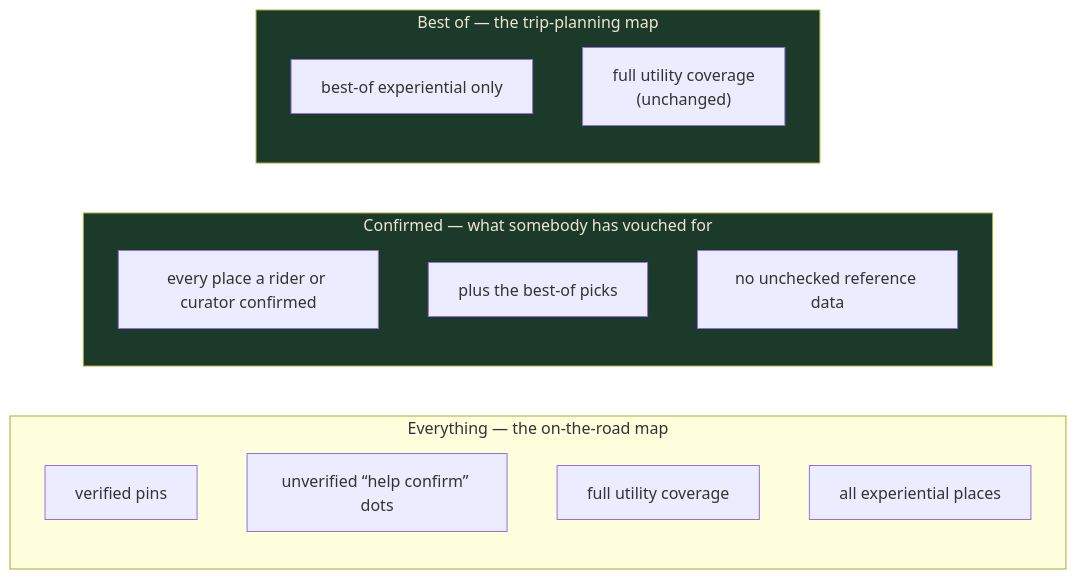
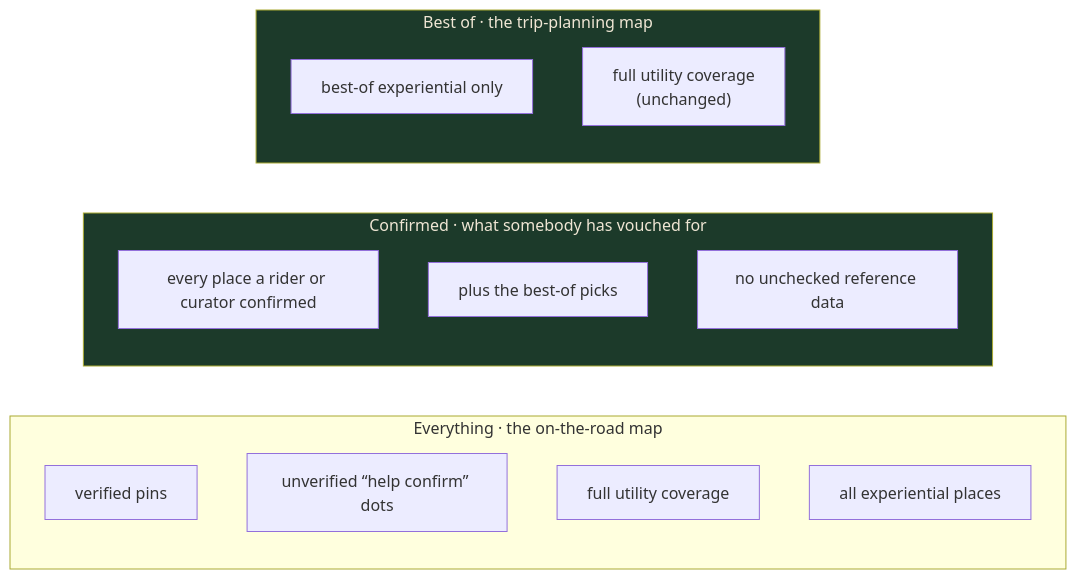
Before and after one commit to cycling-commons/cycling-commons: the sixth of 8 diagrams in wiki/data-priority.md, drawn with Mermaid. The commit also changed other lines of this file and 1 other file, not shown here.

````diff
--- a/wiki/data-priority.md
+++ b/wiki/data-priority.md
@@ -235,20 +248,20 @@
 ```mermaid
 flowchart LR
-    subgraph EV["Everything — the on-the-road map"]
+    subgraph EV["Everything · the on-the-road map"]
         E1["verified pins"]
         E2["unverified “help confirm” dots"]
         E3["full utility coverage"]
         E4["all experiential places"]
     end
-    subgraph CO["Confirmed — what somebody has vouched for"]
+    subgraph CO["Confirmed · what somebody has vouched for"]
         O1["every place a rider or curator confirmed"]
         O2["plus the best-of picks"]
         O3["no unchecked reference data"]
     end
-    subgraph CU["Best of — the trip-planning map"]
+    subgraph CU["Best of · the trip-planning map"]
         C1["best-of experiential only"]
         C2["full utility coverage<br/>(unchanged)"]
     end
     style CO fill:#1C3A2A,color:#EFE6D4
     style CU fill:#1C3A2A,color:#EFE6D4
 ```
````
